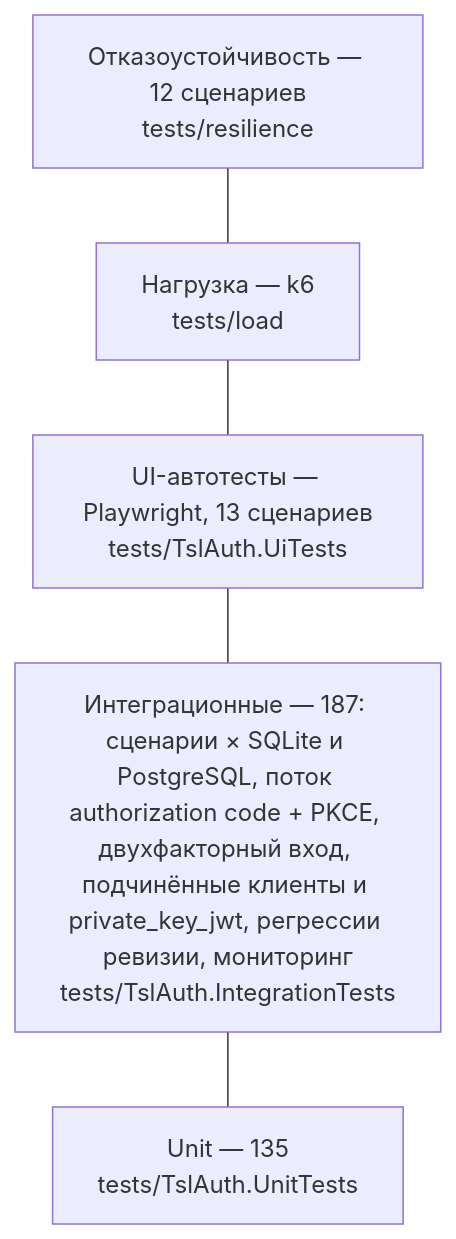
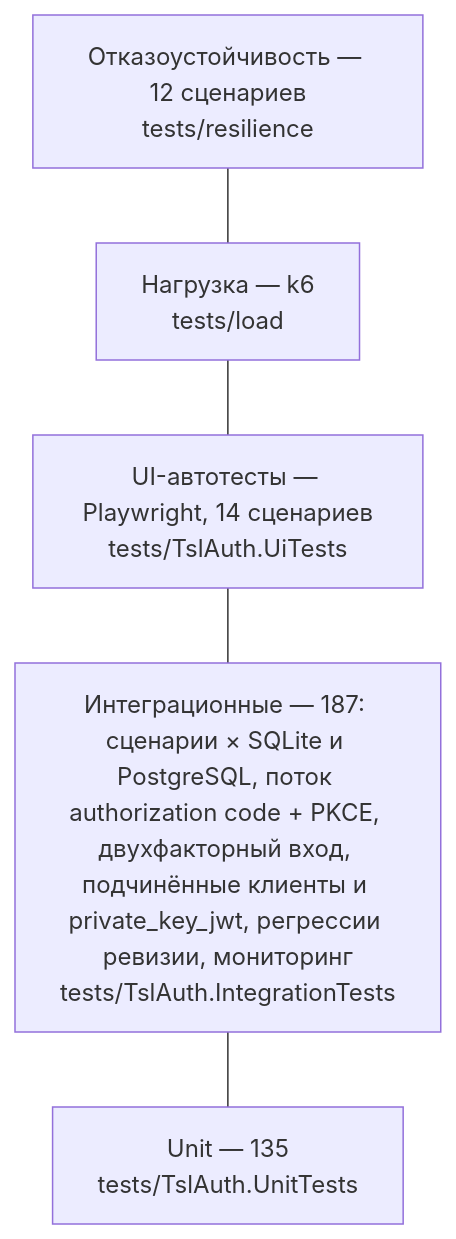
The diagram in docs/testing.md (akprof2000/tsl-auth), drawn with Mermaid before and after one commit. The commit also changed other lines of this file and 31 other files, not shown here.

````diff
--- a/docs/testing.md
+++ b/docs/testing.md
@@ -7,9 +7,9 @@
 ```mermaid
 flowchart TB
     R["Отказоустойчивость — 12 сценариев<br/>tests/resilience"]
     L["Нагрузка — k6<br/>tests/load"]
-    UI["UI-автотесты — Playwright, 13 сценариев<br/>tests/TslAuth.UiTests"]
+    UI["UI-автотесты — Playwright, 14 сценариев<br/>tests/TslAuth.UiTests"]
     I["Интеграционные — 187: сценарии × SQLite и PostgreSQL, поток authorization code + PKCE, двухфакторный вход, подчинённые клиенты и private_key_jwt, регрессии ревизии, мониторинг<br/>tests/TslAuth.IntegrationTests"]
     U["Unit — 135<br/>tests/TslAuth.UnitTests"]
     R --- L --- UI --- I --- U
 ```
````
